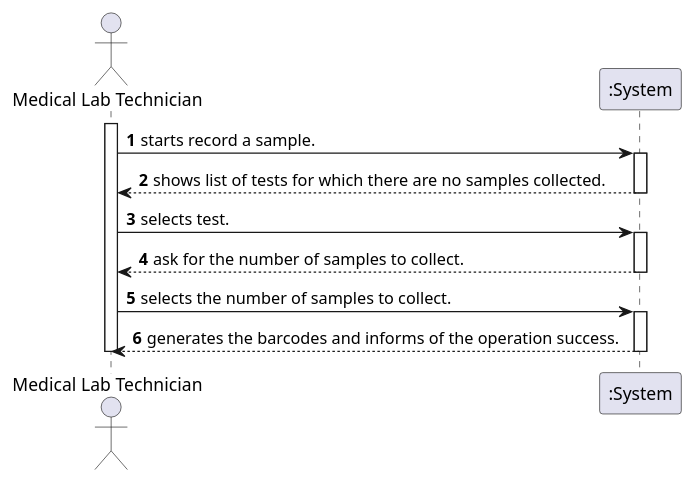
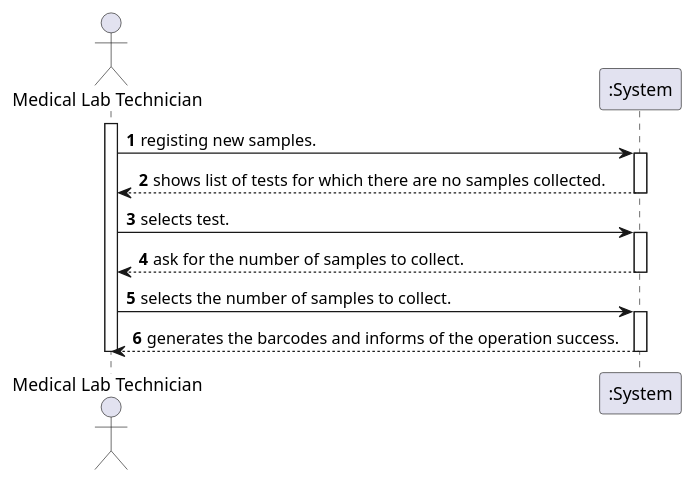
Before and after one commit to RuiRioPina/LAPR2-20-21: the diagram in docs/SprintC/US_5/UC5_SSD.puml, drawn with PlantUML. The commit also changed 6 other files, not shown here.

```diff
--- a/docs/SprintC/US_5/UC5_SSD.puml
+++ b/docs/SprintC/US_5/UC5_SSD.puml
@@ -1,22 +1,22 @@
 @startuml
 autonumber
 actor "Medical Lab Technician" as MEDLT
 
 activate MEDLT
-MEDLT-> ":System" : starts record a sample. 
+MEDLT-> ":System" : registing new samples. 
 activate ":System"
 ":System" --> MEDLT : shows list of tests for which there are no samples collected.
 deactivate ":System"
 
 MEDLT -> ":System" : selects test.
 activate ":System"
 ":System" --> MEDLT : ask for the number of samples to collect.
 deactivate ":System"
 
 MEDLT -> ":System" : selects the number of samples to collect.
 activate ":System"
 ":System" --> MEDLT : generates the barcodes and informs of the operation success.
 deactivate ":System"
 
 deactivate MEDLT
 @enduml
```
